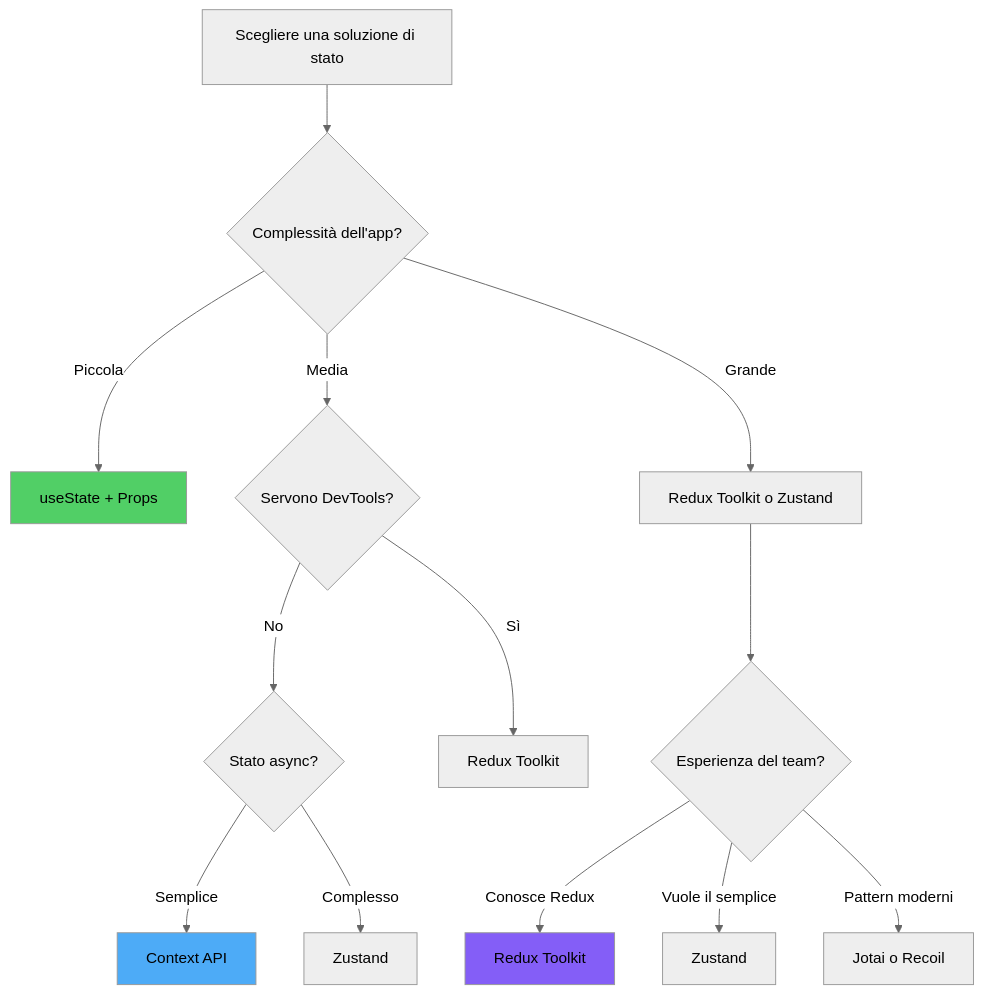
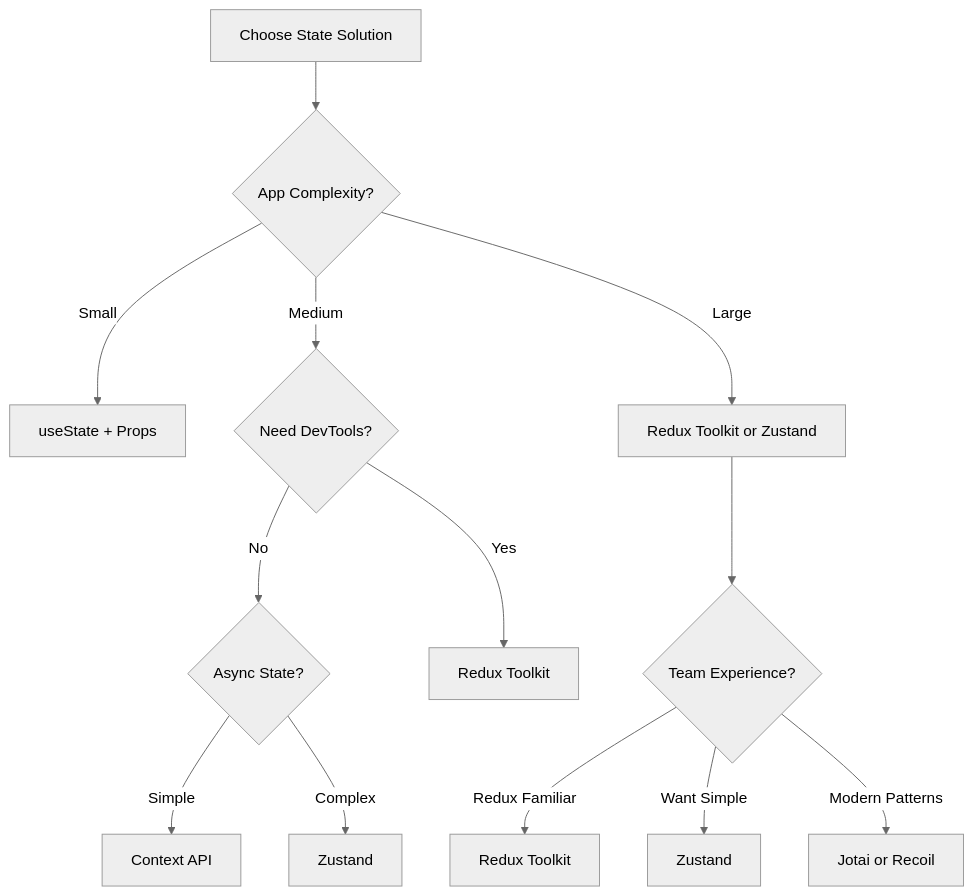
The seventh of 7 diagrams in arguments/chapters/it/06-state-management.md (BabaScience/react-guides), drawn with Mermaid (neutral theme) before and after one commit. The commit also changed other lines of this file and 29 other files, not shown here.

First line of the commit message:
Bring React FR/IT translations to full English parity + theme-safe diagrams

````diff
--- a/arguments/chapters/it/06-state-management.md
+++ b/arguments/chapters/it/06-state-management.md
@@ -374,23 +2004,20 @@
 ```mermaid
 graph TD
-    A["Scegliere una soluzione di stato"] --> B{"Complessità dell'app?"}
-
-    B -->|Piccola| C["useState + Props"]
-    B -->|Media| D{"Servono DevTools?"}
-    B -->|Grande| E["Redux Toolkit o Zustand"]
-
-    D -->|No| F{"Stato async?"}
-    D -->|Sì| G["Redux Toolkit"]
-
-    F -->|Semplice| H["Context API"]
-    F -->|Complesso| I["Zustand"]
-
-    E --> J{"Esperienza del team?"}
-    J -->|Conosce Redux| K["Redux Toolkit"]
-    J -->|Vuole il semplice| L["Zustand"]
-    J -->|Pattern moderni| M["Jotai o Recoil"]
-
-    style C fill:#51cf66
-    style H fill:#4dabf7
-    style K fill:#845ef7
+    A[Choose State Solution] --> B{App Complexity?}
+    
+    B -->|Small| C[useState + Props]
+    B -->|Medium| D{Need DevTools?}
+    B -->|Large| E[Redux Toolkit or Zustand]
+    
+    D -->|No| F{Async State?}
+    D -->|Yes| G[Redux Toolkit]
+    
+    F -->|Simple| H[Context API]
+    F -->|Complex| I[Zustand]
+    
+    E --> J{Team Experience?}
+    J -->|Redux Familiar| K[Redux Toolkit]
+    J -->|Want Simple| L[Zustand]
+    J -->|Modern Patterns| M[Jotai or Recoil]
+    
 ```
````
